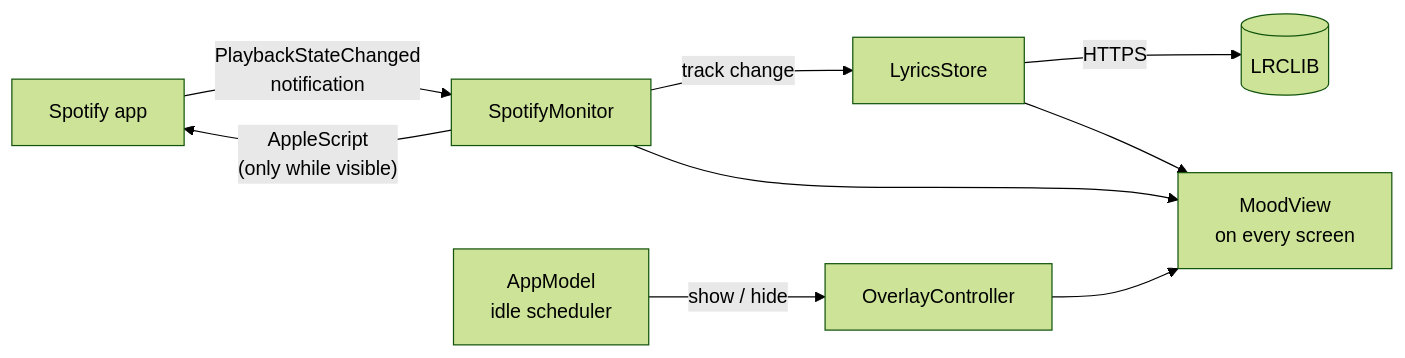
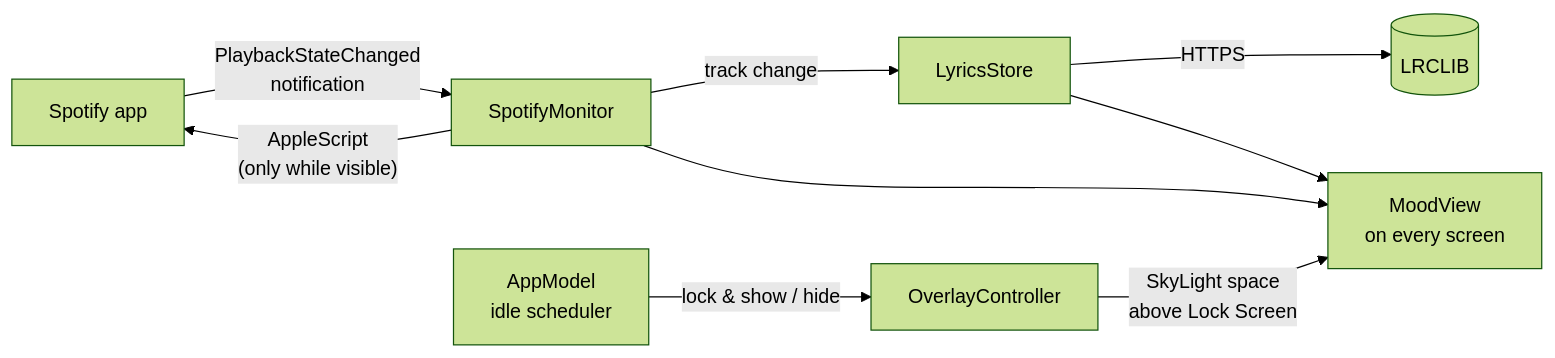
One commit to PONDHALF/MoodPlay changed the diagram in README.md. Above: the diagram before and after it, drawn with Mermaid (forest theme). The commit also changed other lines of this file and 4 other files, not shown here.

First line of the commit message:
Show MoodPlay on the macOS Lock Screen

````diff
--- a/README.md
+++ b/README.md
@@ -195,11 +194,11 @@
 ```mermaid
 flowchart LR
     S[Spotify app] -- PlaybackStateChanged<br/>notification --> M[SpotifyMonitor]
     M -- AppleScript<br/>(only while visible) --> S
     M -- track change --> L[LyricsStore]
     L -- HTTPS --> R[(LRCLIB)]
-    A[AppModel<br/>idle scheduler] -- show / hide --> O[OverlayController]
-    O --> V[MoodView<br/>on every screen]
+    A[AppModel<br/>idle scheduler] -- lock & show / hide --> O[OverlayController]
+    O -- SkyLight space<br/>above Lock Screen --> V[MoodView<br/>on every screen]
     M --> V
     L --> V
 ```
````
